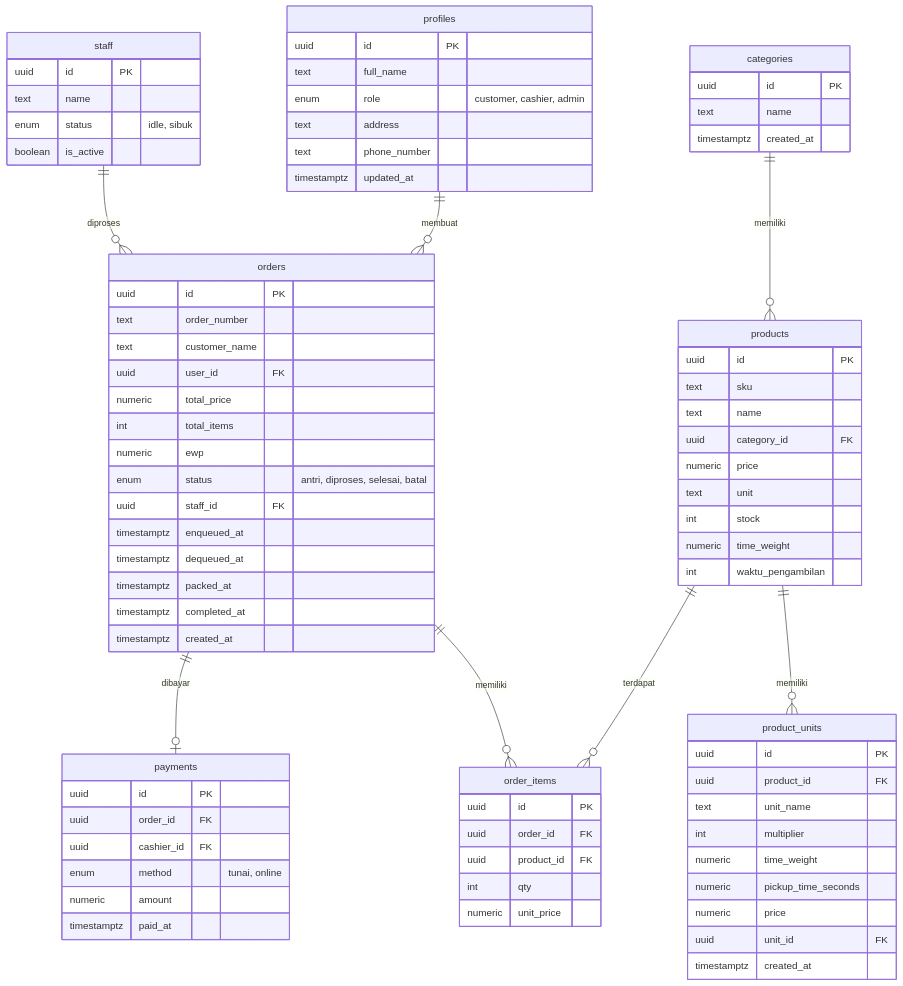
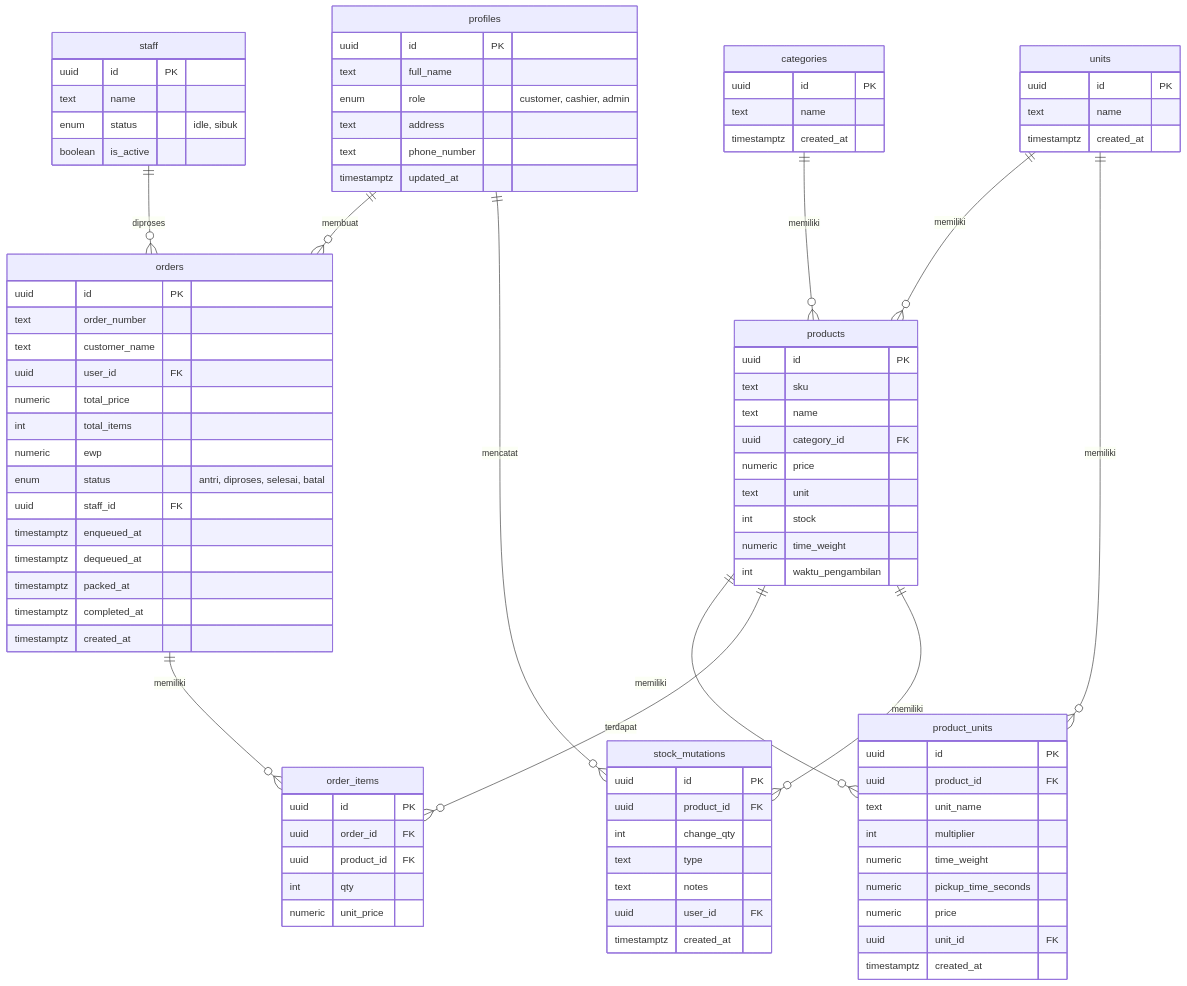
Before and after one commit to Skripsi-Zuyyin-Zafirah/pos_grosir: the fourth of 4 diagrams in Dokumen/New/Rancangan.md, drawn with Mermaid. The commit also changed other lines of this file and 1 other file, not shown here.

Commit message:
Update Dokumen

````diff
--- a/Dokumen/New/Rancangan.md
+++ b/Dokumen/New/Rancangan.md
@@ -139,8 +147,11 @@
     products ||--o{ product_units : "memiliki"
     products ||--o{ order_items : "terdapat"
     orders ||--o{ order_items : "memiliki"
-    orders ||--o| payments : "dibayar"
     staff ||--o{ orders : "diproses"
+    products ||--o{ stock_mutations : "memiliki"
+    profiles ||--o{ stock_mutations : "mencatat"
+    units ||--o{ products : "memiliki"
+    units ||--o{ product_units : "memiliki"
     
     profiles {
         uuid id PK
@@ -206,12 +217,18 @@
         enum status "idle, sibuk"
         boolean is_active
     }
-    payments {
+    stock_mutations {
         uuid id PK
-        uuid order_id FK
-        uuid cashier_id FK
-        enum method "tunai, online"
-        numeric amount
-        timestamptz paid_at
+        uuid product_id FK
+        int change_qty
+        text type
+        text notes
+        uuid user_id FK
+        timestamptz created_at
+    }
+    units {
+        uuid id PK
+        text name
+        timestamptz created_at
     }
 ```
````
